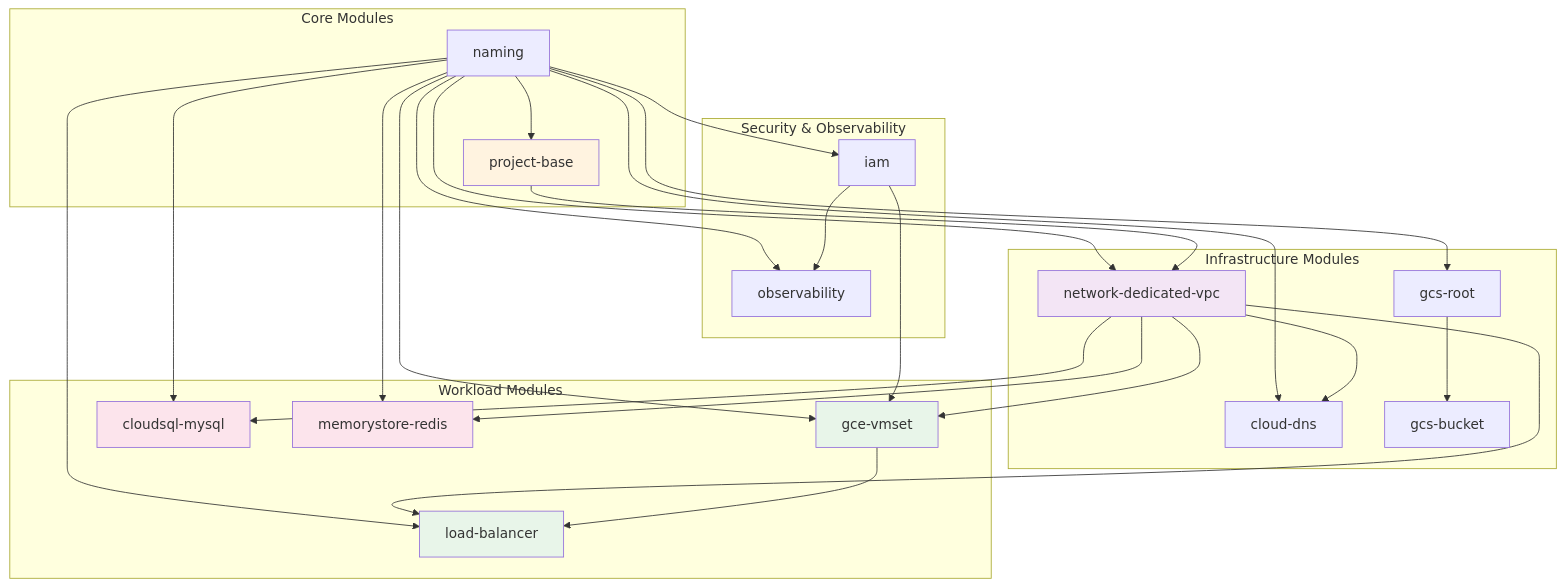
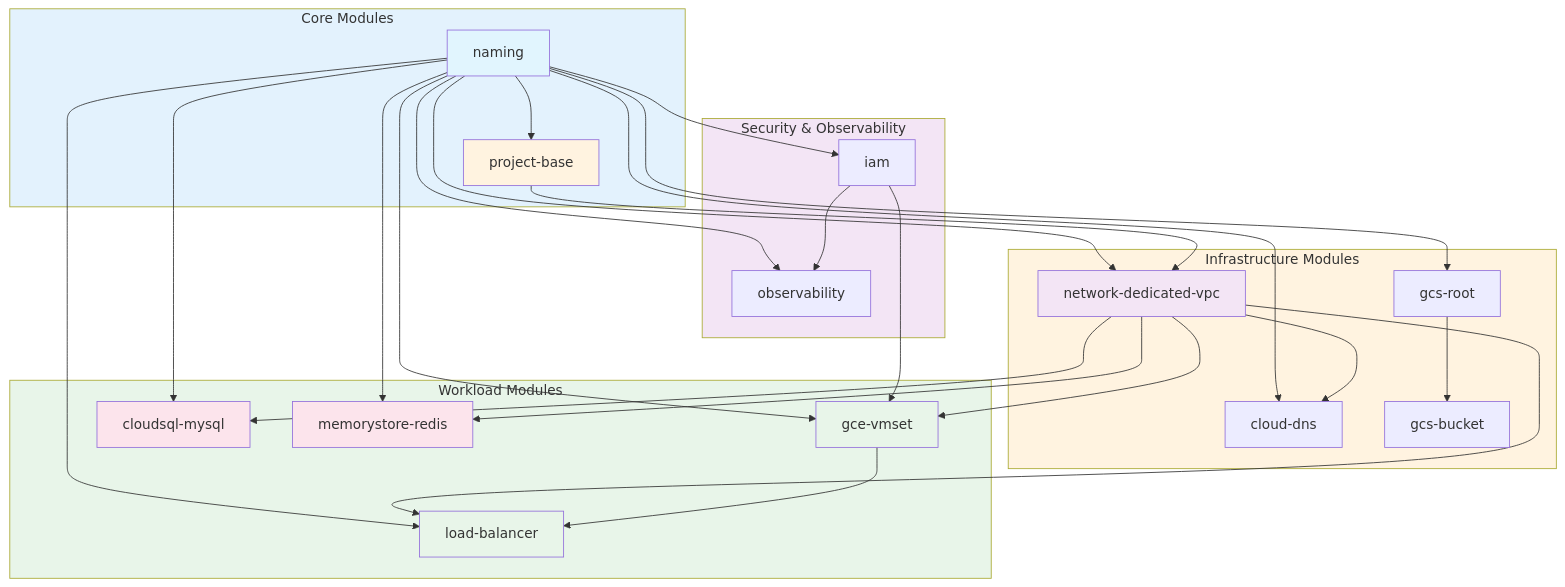
One commit to JSJ2337/GCP_terraform_code changed the second of 4 diagrams in terraform_gcp_infra/docs/architecture/overview.md. Above: the diagram before and after it, drawn with Mermaid. The commit also changed other lines of this file and 4 other files, not shown here.

First line of the commit message:
fix: Mermaid style 라인 분리로 텍스트 겹침 문제 해결

````diff
--- a/terraform_gcp_infra/docs/architecture/overview.md
+++ b/terraform_gcp_infra/docs/architecture/overview.md
@@ -57,64 +57,68 @@
 ```mermaid
 %%{init: {'theme': 'default'}}%%
 graph TB
     subgraph Core["Core Modules"]
         NAMING[naming]
         PROJECT[project-base]
     end
 
     subgraph Infra["Infrastructure Modules"]
         NETWORK[network-dedicated-vpc]
         DNS[cloud-dns]
         STORAGE[gcs-root]
         BUCKET[gcs-bucket]
     end
 
     subgraph Security["Security & Observability"]
         IAM[iam]
         OBS[observability]
     end
 
     subgraph Workload["Workload Modules"]
         VM[gce-vmset]
         SQL[cloudsql-mysql]
         REDIS[memorystore-redis]
         LB[load-balancer]
     end
 
     %% Core dependencies
     NAMING --> PROJECT
     NAMING --> NETWORK
     NAMING --> DNS
     NAMING --> STORAGE
     NAMING --> IAM
     NAMING --> OBS
     NAMING --> VM
     NAMING --> SQL
     NAMING --> REDIS
     NAMING --> LB
 
     %% Infrastructure dependencies
     PROJECT --> NETWORK
     NETWORK --> DNS
     NETWORK --> VM
     NETWORK --> SQL
     NETWORK --> REDIS
     NETWORK --> LB
 
     STORAGE --> BUCKET
 
     %% Security dependencies
     IAM --> VM
     IAM --> OBS
 
     %% Workload dependencies
     VM --> LB
 
-    style Core fill:#e3f2fd    style Infra fill:#fff3e0    style Security fill:#f3e5f5    style Workload fill:#e8f5e9    style NAMING fill:#e1f5fe
+    style Core fill:#e3f2fd
+    style Infra fill:#fff3e0
+    style Security fill:#f3e5f5
+    style Workload fill:#e8f5e9
+    style NAMING fill:#e1f5fe
     style PROJECT fill:#fff3e0
     style NETWORK fill:#f3e5f5
     style VM fill:#e8f5e9
     style SQL fill:#fce4ec
     style REDIS fill:#fce4ec
     style LB fill:#e8f5e9
 ```
````
